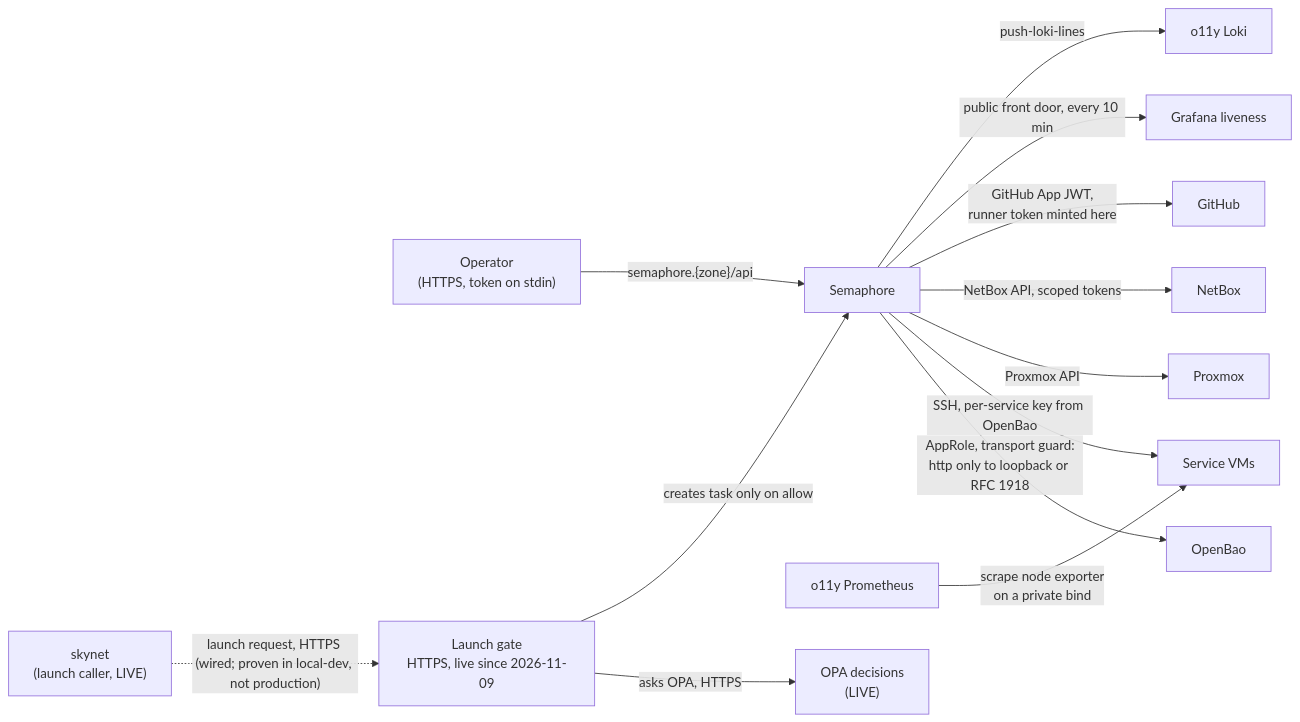
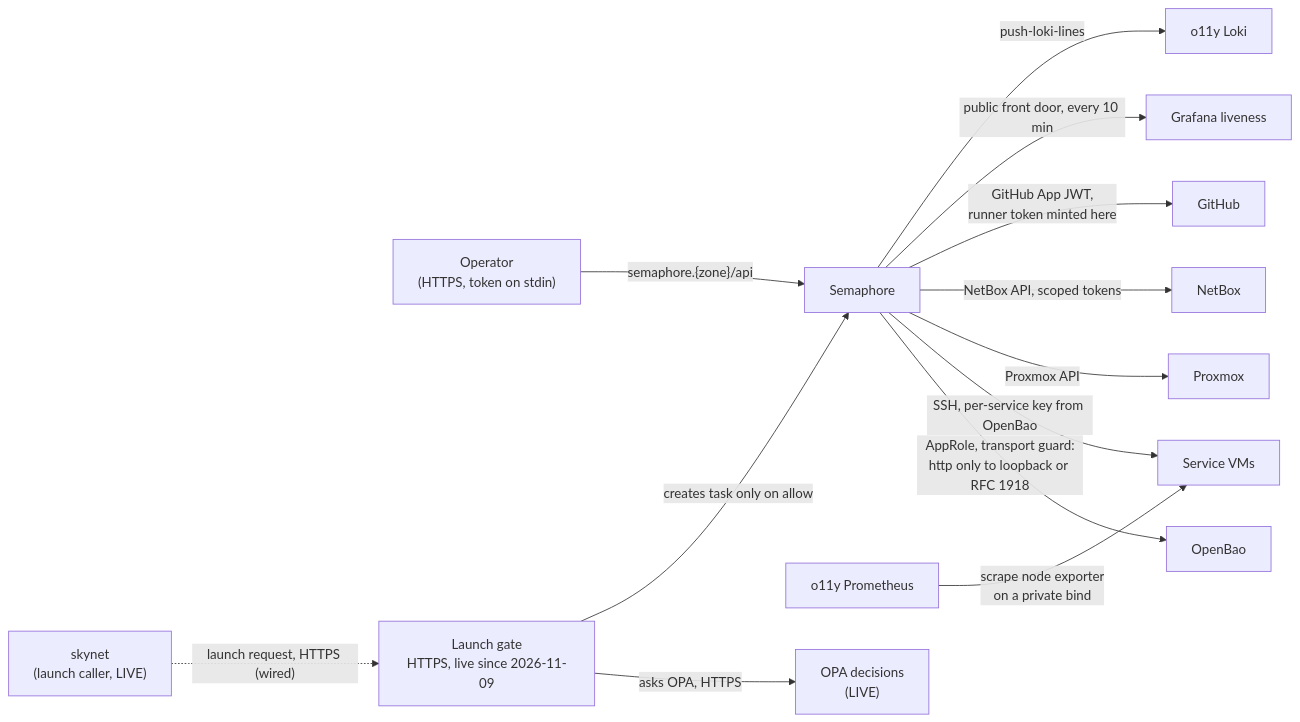
One commit to uhstray-io/agent-cloud changed diagram 11 of 14 in plan/architecture/network-architecture.md. Above: the diagram before and after it, drawn with Mermaid. The commit also changed other lines of this file and 5 other files, not shown here.

Commit message:
docs(launch-gate): simplify round 1 on the 4.4 docs: one status phrase, its own spec requirement for the local branch rule

````diff
--- a/plan/architecture/network-architecture.md
+++ b/plan/architecture/network-architecture.md
@@ -487,15 +487,15 @@
 ```mermaid
 flowchart LR
     OP["Operator<br/>(HTTPS, token on stdin)"] -->|"semaphore.{zone}/api"| SEM["Semaphore"]
     SEM -->|"AppRole, transport guard:<br/>http only to loopback or RFC 1918"| BAO["OpenBao"]
     SEM -->|"SSH, per-service key from OpenBao"| VMS["Service VMs"]
     SEM -->|"Proxmox API"| PVE["Proxmox"]
     SEM -->|"NetBox API, scoped tokens"| NB["NetBox"]
     SEM -->|"GitHub App JWT,<br/>runner token minted here"| GH["GitHub"]
     SEM -->|"public front door, every 10 min"| GRAF["Grafana liveness"]
     PROM["o11y Prometheus"] -->|"scrape node exporter<br/>on a private bind"| VMS
     SEM -->|"push-loki-lines"| LOKI["o11y Loki"]
-    SKY["skynet<br/>(launch caller, LIVE)"] -.->|"launch request, HTTPS (wired; proven in local-dev, not production)"| LG["Launch gate<br/>HTTPS, live since 2026-11-09"]
+    SKY["skynet<br/>(launch caller, LIVE)"] -.->|"launch request, HTTPS (wired)"| LG["Launch gate<br/>HTTPS, live since 2026-11-09"]
     LG -->|"asks OPA, HTTPS"| OPA["OPA decisions<br/>(LIVE)"]
     LG -->|"creates task only on allow"| SEM
 ```
````
